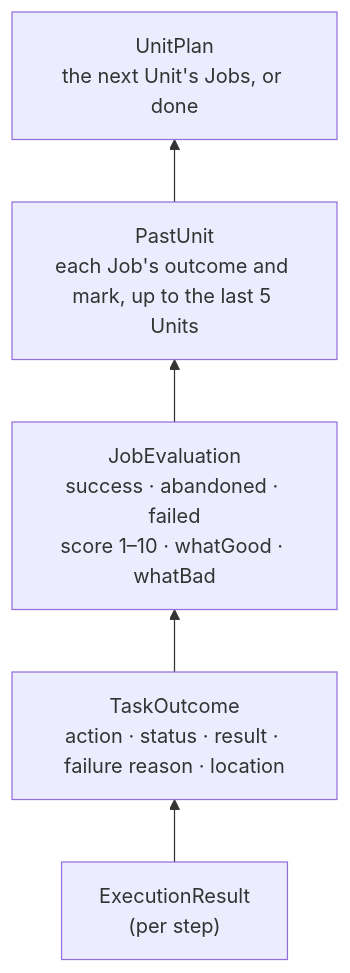
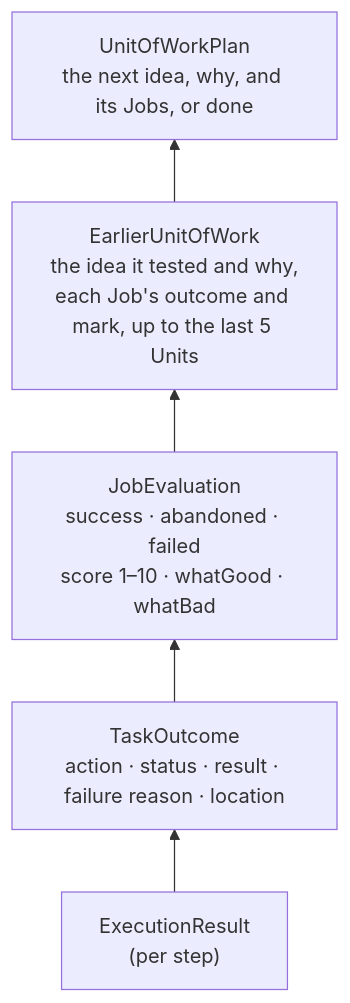
The fourth of 5 diagrams in packages/backend/src/reasoning/tech-spec.md (BaraaSoft/agentcores), drawn with Mermaid before and after one commit. The commit also changed other lines of this file and 24 other files, not shown here.

First line of the commit message:
Enhance UnitOfWork structure with title and rationale properties

````diff
--- a/packages/backend/src/reasoning/tech-spec.md
+++ b/packages/backend/src/reasoning/tech-spec.md
@@ -236,7 +236,7 @@
 ```mermaid
 flowchart BT
     Exec["ExecutionResult<br/>(per step)"] --> TaskOut["TaskOutcome<br/>action · status · result · failure reason · location"]
     TaskOut --> JobEval["JobEvaluation<br/>success · abandoned · failed<br/>score 1–10 · whatGood · whatBad"]
-    JobEval --> Past["PastUnit<br/>each Job's outcome and mark, up to the last 5 Units"]
-    Past --> Plan["UnitPlan<br/>the next Unit's Jobs, or done"]
+    JobEval --> Past["EarlierUnitOfWork<br/>the idea it tested and why,<br/>each Job's outcome and mark, up to the last 5 Units"]
+    Past --> Plan["UnitOfWorkPlan<br/>the next idea, why, and its Jobs, or done"]
 ```
````
